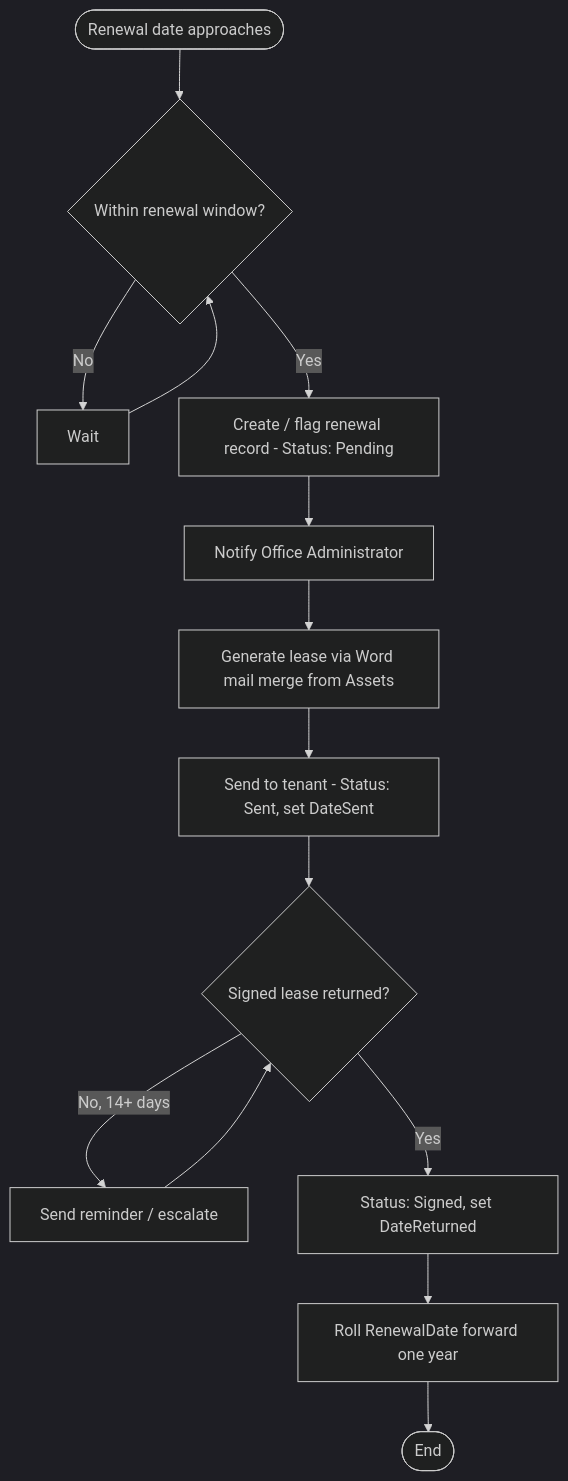
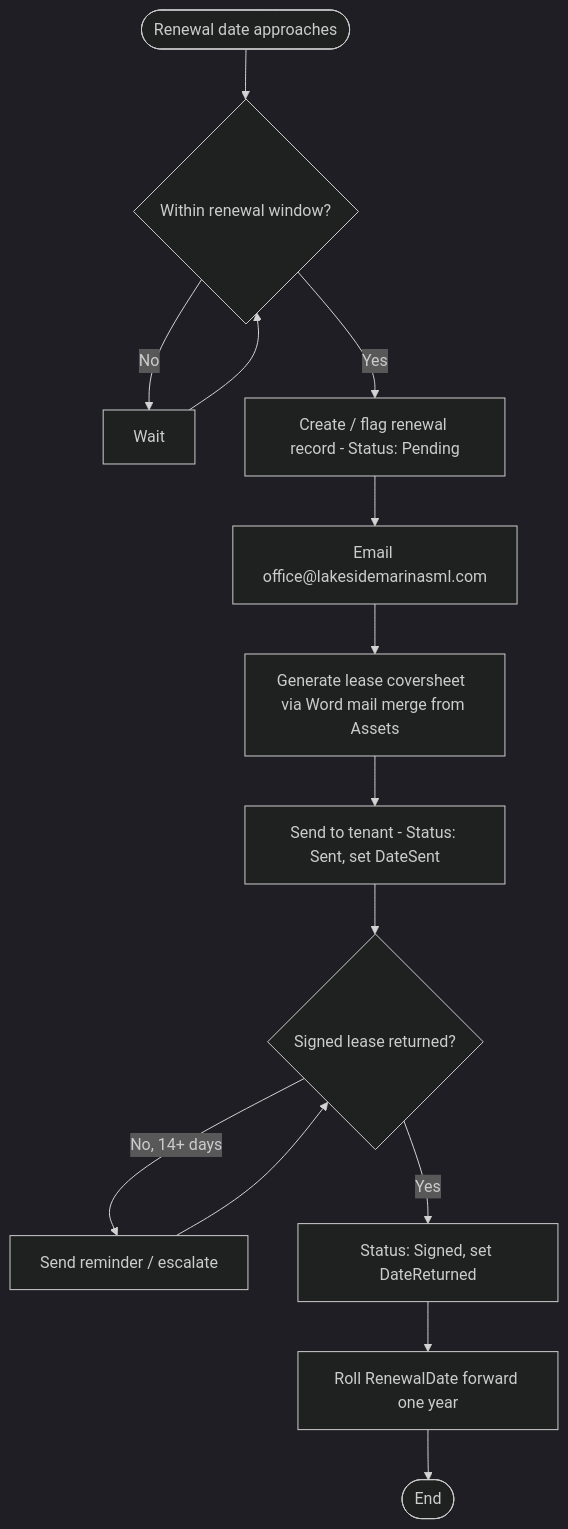
The second of 3 diagrams in processes/lease-renewals.md (rdill225/lakeside-marina-docs), drawn with Mermaid (dark theme) before and after one commit. The commit also changed other lines of this file, not shown here.

First line of the commit message:
Clarify lease renewal workflow for monthly tenants and notifications.

````diff
--- a/processes/lease-renewals.md
+++ b/processes/lease-renewals.md
@@ -156,16 +156,16 @@
 ```mermaid
 flowchart TD
     start([Renewal date approaches]) --> due{Within renewal window?}
     due -->|No| wait[Wait]
     wait --> due
     due -->|Yes| create[Create / flag renewal record - Status: Pending]
-    create --> notify[Notify Office Administrator]
-    notify --> merge[Generate lease via Word mail merge from Assets]
+    create --> notify[Email office@lakesidemarinasml.com]
+    notify --> merge[Generate lease coversheet  via Word mail merge from Assets]
     merge --> send[Send to tenant - Status: Sent, set DateSent]
     send --> signed{Signed lease returned?}
     signed -->|No, 14+ days| remind[Send reminder / escalate]
     remind --> signed
     signed -->|Yes| record[Status: Signed, set DateReturned]
     record --> roll[Roll RenewalDate forward one year]
     roll --> done([End])
 ```
````
